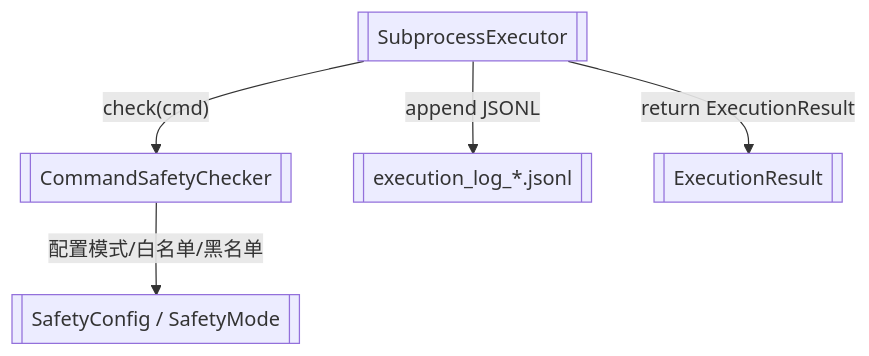
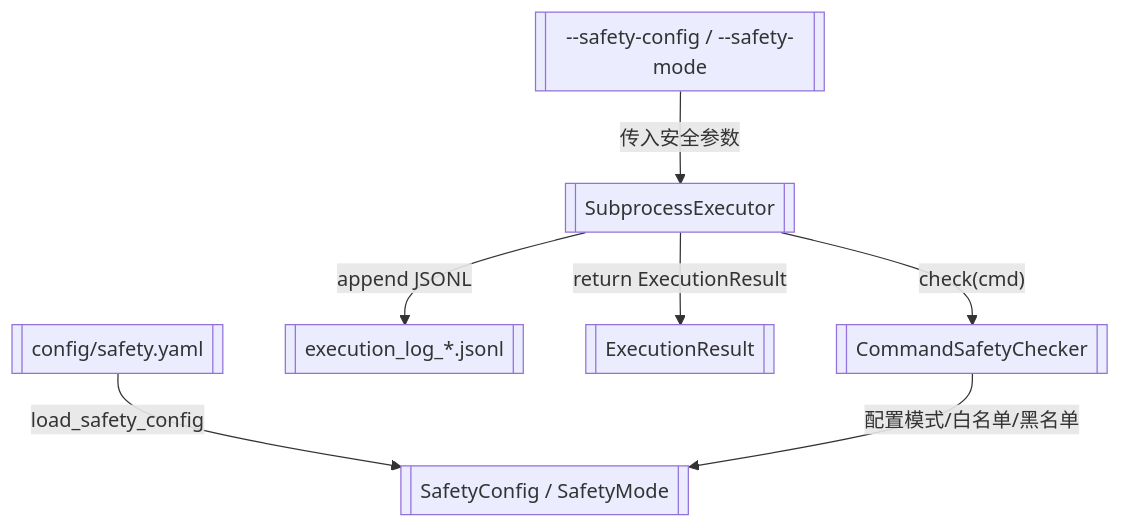
One commit to Cyning12/cyning-harness-probe changed the diagram in docs/_tech_graph/90_executor.md. Above: the diagram before and after it, drawn with Mermaid. The commit also changed other lines of this file and 14 other files, not shown here.

First line of the commit message:
feat(safety): v0.7.1 safety policy config + CLI/MCP integration

````diff
--- a/docs/_tech_graph/90_executor.md
+++ b/docs/_tech_graph/90_executor.md
@@ -16,13 +16,17 @@
 ```mermaid
 flowchart TD
     EXECUTOR[["SubprocessExecutor"]]
     SAFETY[["CommandSafetyChecker"]]
     SAFETY_CONFIG[["SafetyConfig / SafetyMode"]]
     EXECUTION_LOG[["execution_log_*.jsonl"]]
     MODELS[["ExecutionResult"]]
+    SAFETY_YAML[["config/safety.yaml"]]
+    CLI_ARGS[["--safety-config / --safety-mode"]]
+    CLI_ARGS --"传入安全参数"--> EXECUTOR
     EXECUTOR --"check(cmd)"--> SAFETY
+    SAFETY_YAML --"load_safety_config"--> SAFETY_CONFIG
     SAFETY --"配置模式/白名单/黑名单"--> SAFETY_CONFIG
     EXECUTOR --"append JSONL"--> EXECUTION_LOG
     EXECUTOR --"return ExecutionResult"--> MODELS
     %% 锚点：见 YAML 源 edges[].anchors
 ```
````
